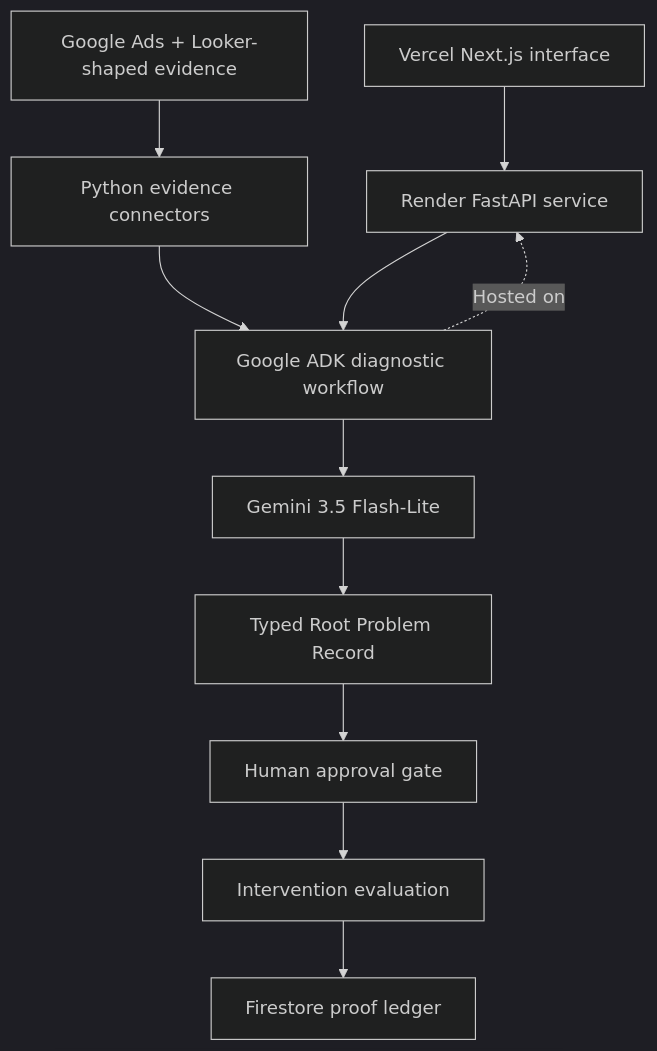
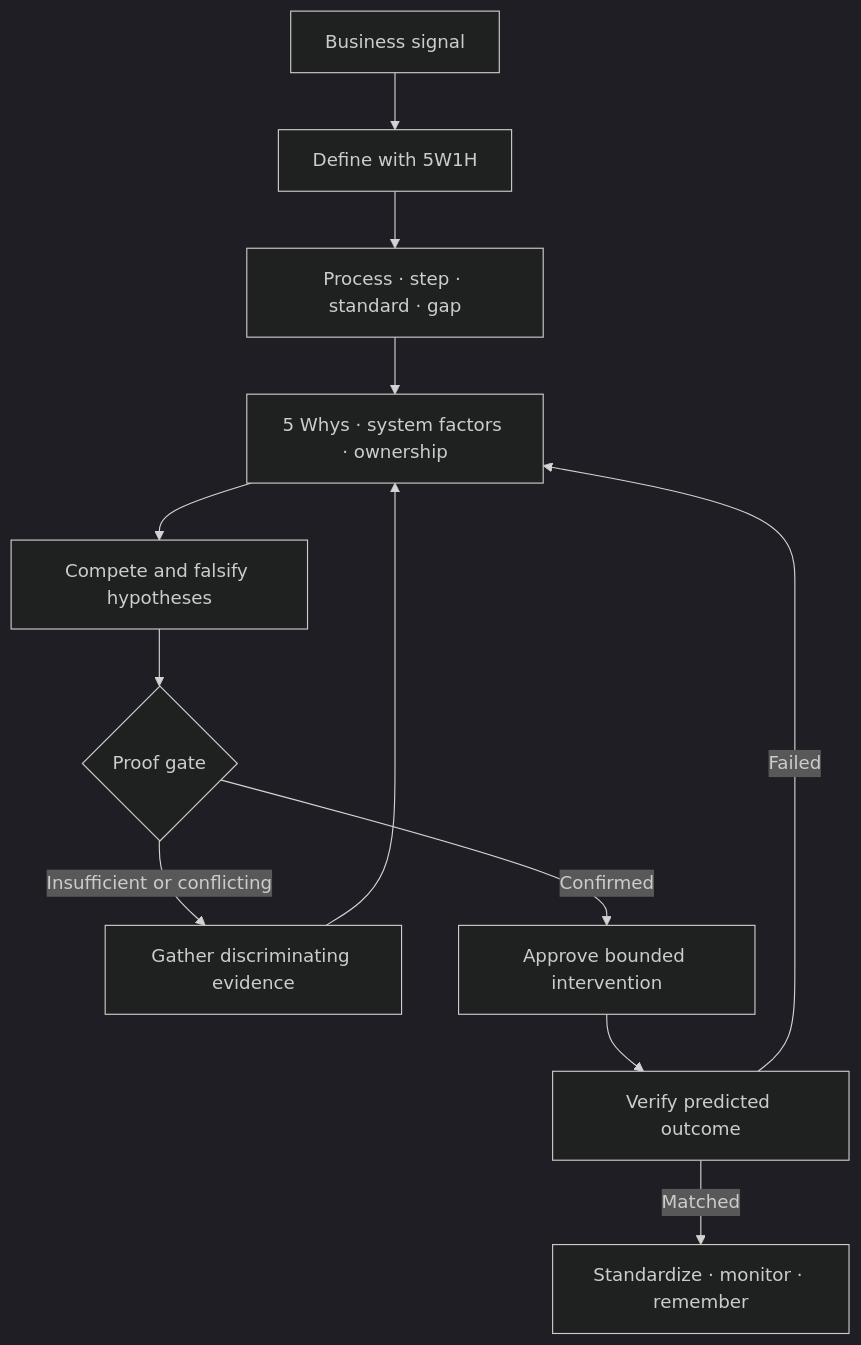
One commit to vivienk/proofloop changed the first of 2 diagrams in ARCHITECTURE.md. Above: the diagram before and after it, drawn with Mermaid (dark theme). The commit also changed other lines of this file and 9 other files, not shown here.

Commit message:
Reconstruct ProofLoop decision architecture

````diff
--- a/ARCHITECTURE.md
+++ b/ARCHITECTURE.md
@@ -3,13 +10,14 @@
 ```mermaid
 flowchart TD
-    A["Vercel Next.js interface"] --> B["Render FastAPI service"]
-    C["Google Ads + Looker-shaped evidence"] --> D["Python evidence connectors"]
-    D --> E["Google ADK diagnostic workflow"]
-    B --> E
-    E --> F["Gemini 3.5 Flash-Lite"]
-    F --> G["Typed Root Problem Record"]
-    G --> H["Human approval gate"]
-    H --> I["Intervention evaluation"]
-    I --> J["Firestore proof ledger"]
-    E -. "Hosted on" .-> B
+    A["Business signal"] --> B["Define with 5W1H"]
+    B --> C["Process · step · standard · gap"]
+    C --> D["5 Whys · system factors · ownership"]
+    D --> E["Compete and falsify hypotheses"]
+    E --> F{"Proof gate"}
+    F -- "Insufficient or conflicting" --> G["Gather discriminating evidence"]
+    G --> D
+    F -- "Confirmed" --> H["Approve bounded intervention"]
+    H --> I["Verify predicted outcome"]
+    I -- "Failed" --> D
+    I -- "Matched" --> J["Standardize · monitor · remember"]
 ```
````
